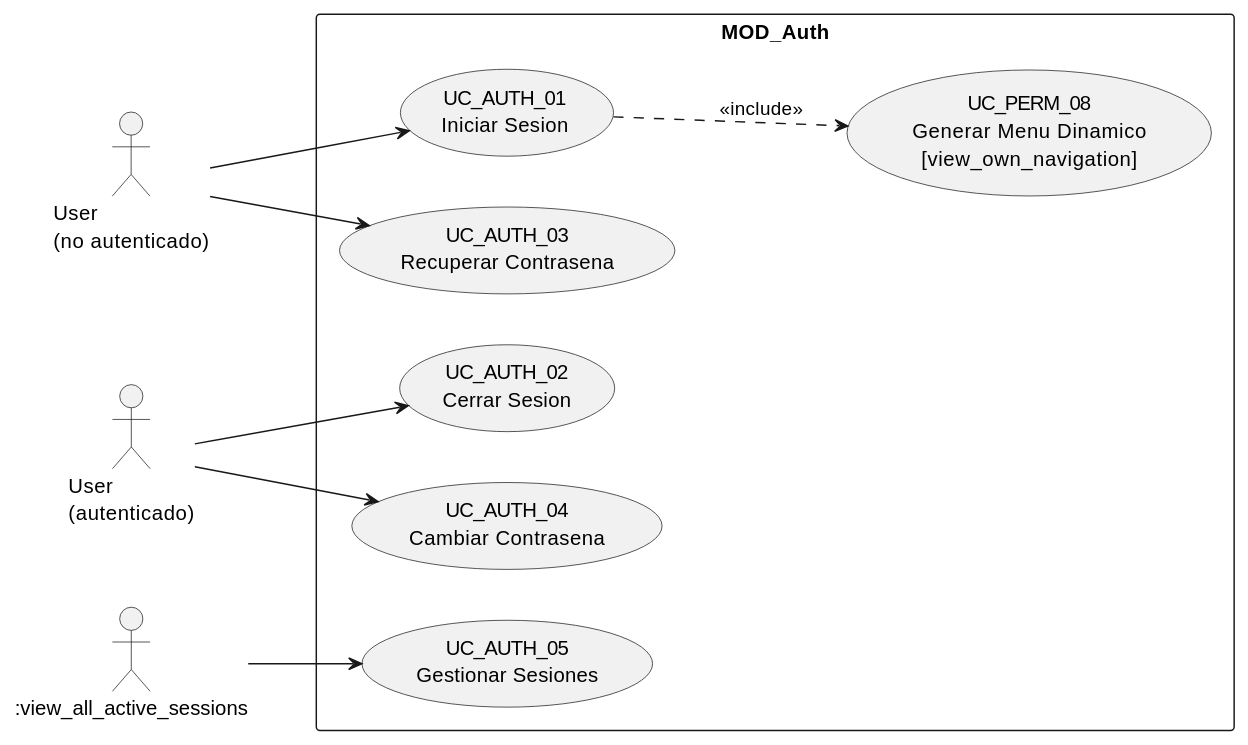
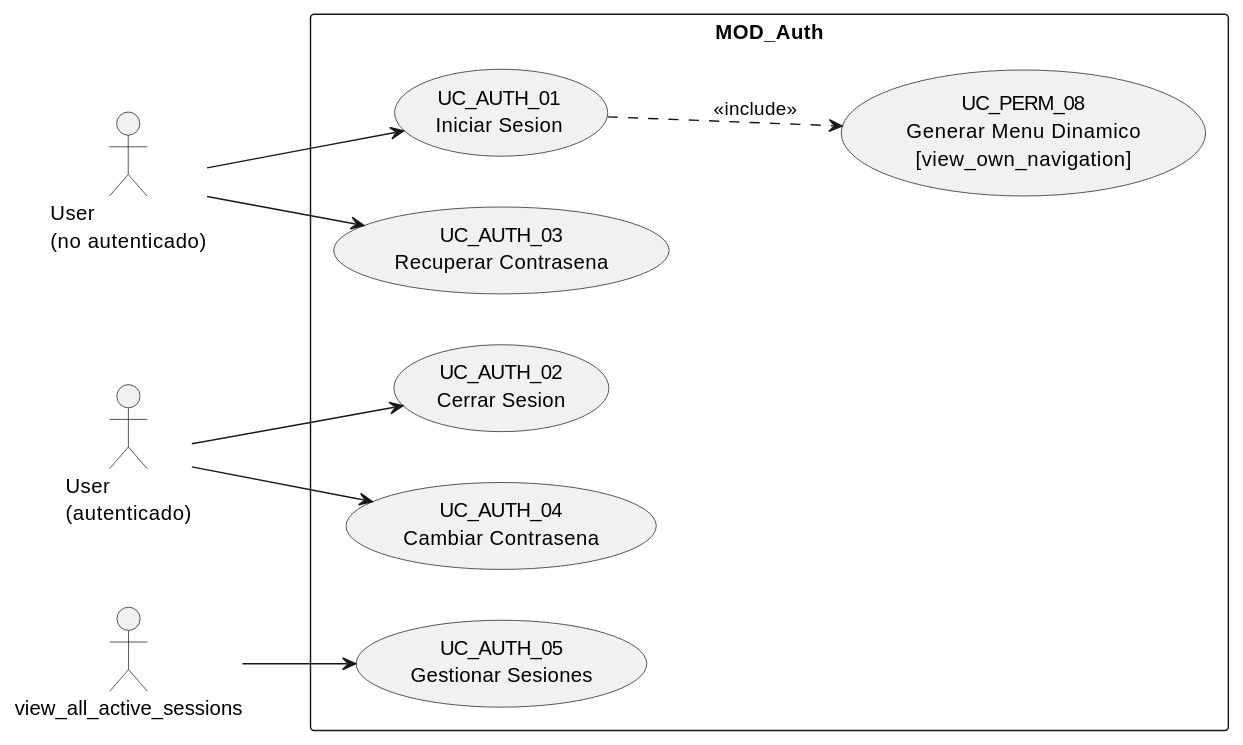
Before and after one commit to jcg-admin/IACT-docs: the first of 13 diagrams in source/arquitectura-tecnica/diagramas-uc-por-modulo.rst, drawn with PlantUML. The commit also changed other lines of this file and 157 other files, not shown here.

First line of the commit message:
Enforce catalog function names across all diagrams

```diff
--- a/source/arquitectura-tecnica/diagramas-uc-por-modulo.rst
+++ b/source/arquitectura-tecnica/diagramas-uc-por-modulo.rst
@@ -31,27 +31,27 @@
 .. uml::
  :caption: Figura 16 — MOD_Auth: casos de uso
 
  @startuml
  left to right direction
 
  actor "User\n(no autenticado)" as UNAUTH
  actor "User\n(autenticado)" as AUTH
- actor ":view_all_active_sessions" as SESS_ADM
+ actor "view_all_active_sessions" as SESS_ADM
 
  rectangle "MOD_Auth" {
    usecase "UC_AUTH_01\nIniciar Sesion" as A01
    usecase "UC_AUTH_02\nCerrar Sesion" as A02
    usecase "UC_AUTH_03\nRecuperar Contrasena" as A03
    usecase "UC_AUTH_04\nCambiar Contrasena" as A04
    usecase "UC_AUTH_05\nGestionar Sesiones" as A05
    usecase "UC_PERM_08\nGenerar Menu Dinamico\n[view_own_navigation]" as P08
  }
 
  UNAUTH --> A01
  UNAUTH --> A03
  AUTH --> A02
  AUTH --> A04
  SESS_ADM --> A05
  A01 ..> P08 : <<include>>
 
  @enduml
```
